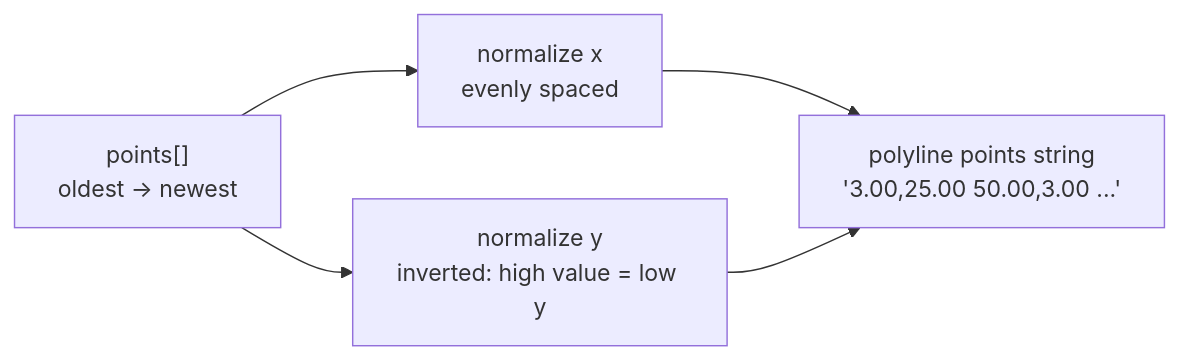
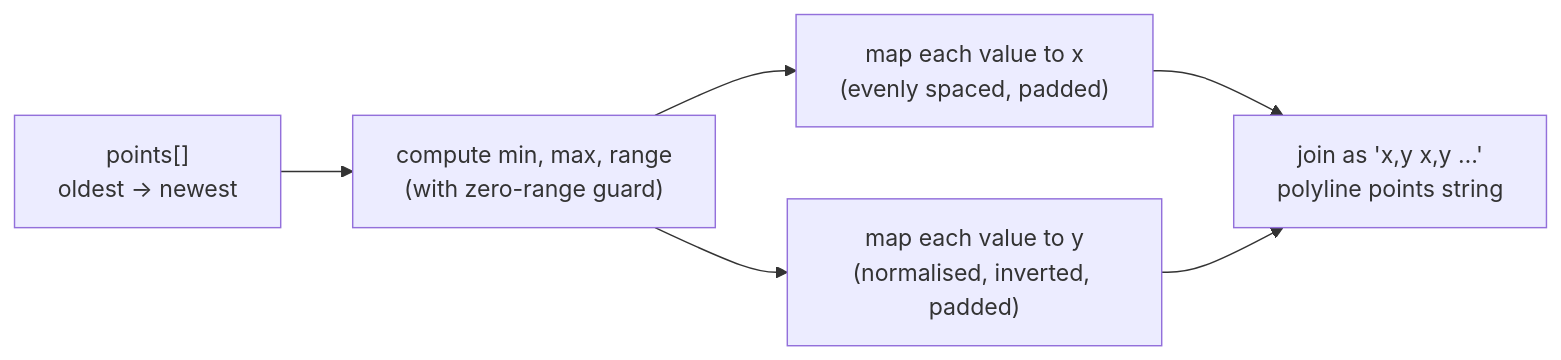
The diagram in docs-site/src/content/docs/frontend/components/sparkline.md (Gunashekharp/sdlc-sample-worflow), drawn with Mermaid before and after one commit. The commit also changed other lines of this file and 52 other files, not shown here.

````diff
--- a/docs-site/src/content/docs/frontend/components/sparkline.md
+++ b/docs-site/src/content/docs/frontend/components/sparkline.md
@@ -133,11 +135,13 @@
 ```mermaid
 flowchart LR
   A["points[]\noldest → newest"]
-  B["normalize x\nevenly spaced"]
-  C["normalize y\ninverted: high value = low y"]
-  D["polyline points string\n'3.00,25.00 50.00,3.00 ...'"]
+  B["compute min, max, range\n(with zero-range guard)"]
+  C["map each value to x\n(evenly spaced, padded)"]
+  D["map each value to y\n(normalised, inverted, padded)"]
+  E["join as 'x,y x,y …'\npolyline points string"]
   A --> B
-  A --> C
+  B --> C
   B --> D
-  C --> D
+  C --> E
+  D --> E
 ```
````
